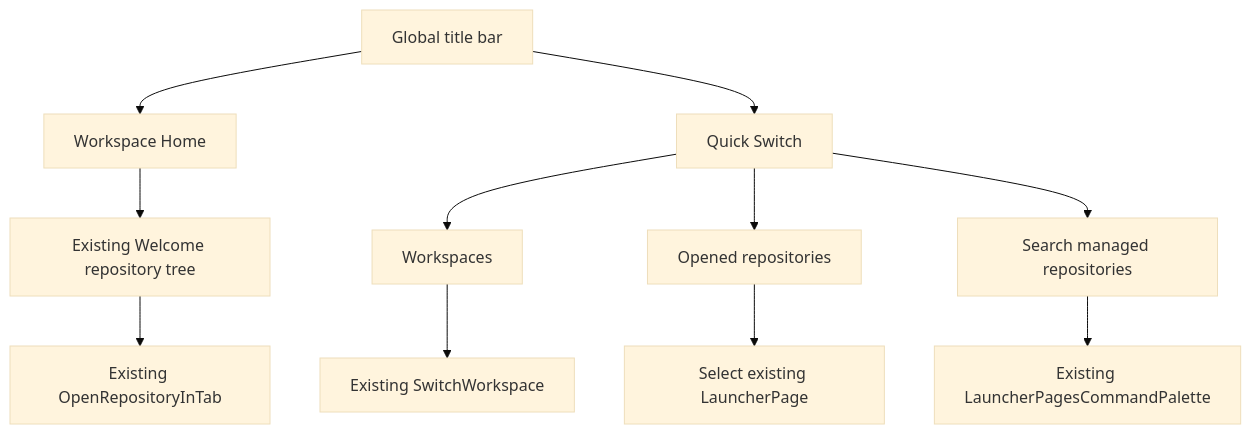
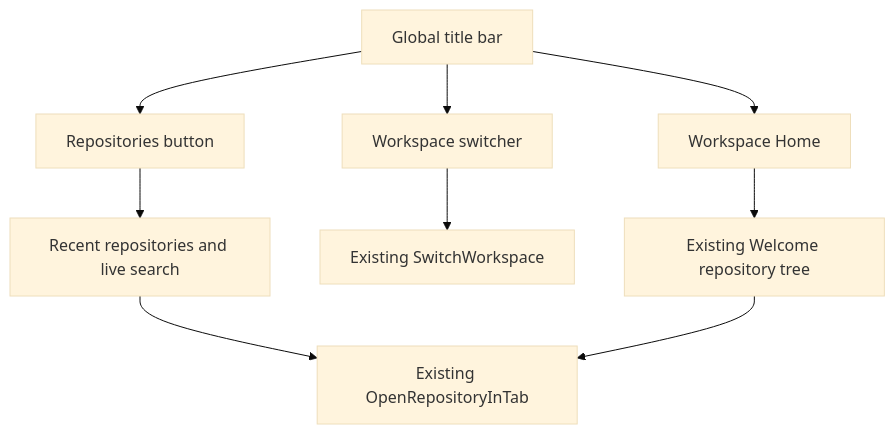
The diagram in docs/mygit-ui-redesign.md (buildHelpers/MyGIt), drawn with Mermaid (base theme) before and after one commit. The commit also changed other lines of this file, not shown here.

Commit message:
docs(nav): clarify separate workspace and recent repository controls

````diff
--- a/docs/mygit-ui-redesign.md
+++ b/docs/mygit-ui-redesign.md
@@ -14,13 +14,11 @@
 ```mermaid
 flowchart TD
     A[Global title bar] --> B[Workspace Home]
-    A --> C[Quick Switch]
-    B --> D[Existing Welcome repository tree]
-    C --> E[Workspaces]
-    C --> F[Opened repositories]
-    C --> G[Search managed repositories]
-    E --> H[Existing SwitchWorkspace]
-    F --> I[Select existing LauncherPage]
-    G --> J[Existing LauncherPagesCommandPalette]
-    D --> K[Existing OpenRepositoryInTab]
+    A --> C[Workspace switcher]
+    A --> D[Repositories button]
+    B --> E[Existing Welcome repository tree]
+    C --> F[Existing SwitchWorkspace]
+    D --> G[Recent repositories and live search]
+    G --> H[Existing OpenRepositoryInTab]
+    E --> H
 ```
````
